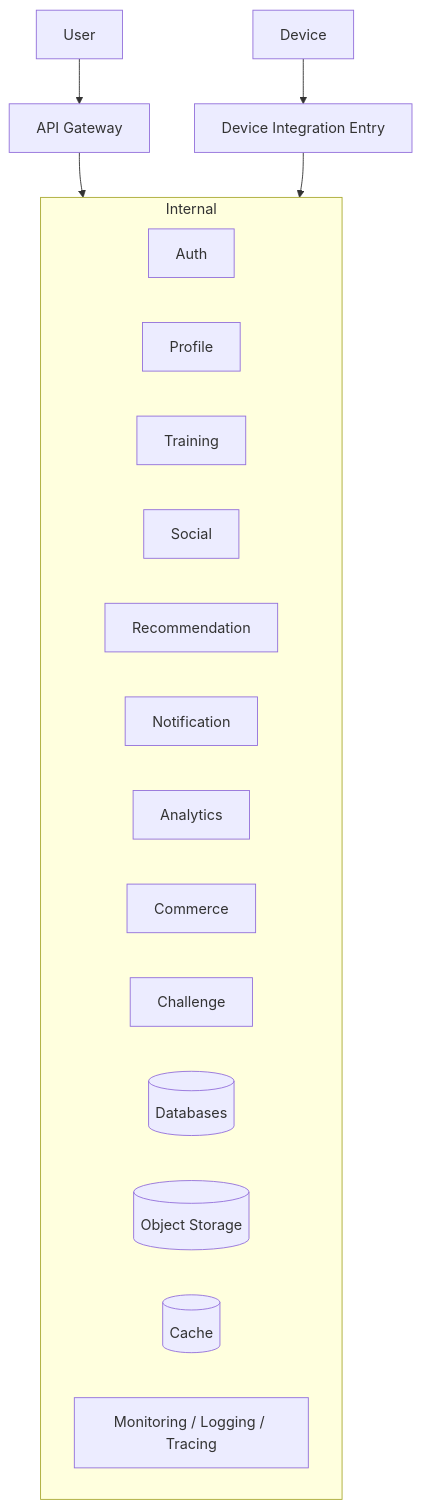
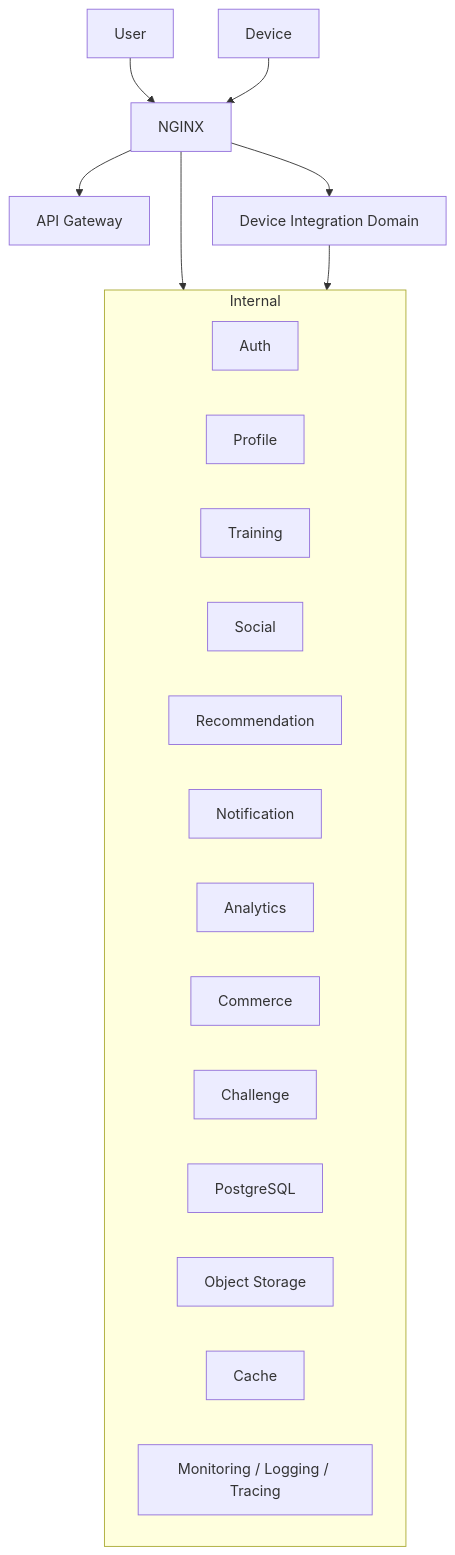
The seventh of 7 diagrams in 03-architecture/architecture-views.md (HiddenFox29/Athletica), drawn with Mermaid before and after one commit. The commit also changed other lines of this file and 5 other files, not shown here.

````diff
--- a/03-architecture/architecture-views.md
+++ b/03-architecture/architecture-views.md
@@ -388,24 +396,26 @@
 ```mermaid
 flowchart TB
-    User --> Gateway[API Gateway]
-    Device --> DeviceIntegration[Device Integration Entry]
+    User --> Gateway[NGINX]
+    Gateway --> APIGateway[API Gateway]
+    Device --> Gateway
+    Gateway --> DeviceIntegration[Device Integration Domain]
 
     Gateway --> Internal[Internal Trusted Zone]
     DeviceIntegration --> Internal
 
     subgraph Internal
         Auth
         Profile
         Training
         Social
         Recommendation
         Notification
         Analytics
         Commerce
         Challenge
-        DB[(Databases)]
-        S3[(Object Storage)]
-        Cache[(Cache)]
+        DB[PostgreSQL]
+        S3[Object Storage]
+        Cache[Cache]
         Obs[Monitoring / Logging / Tracing]
     end
 ```
````
